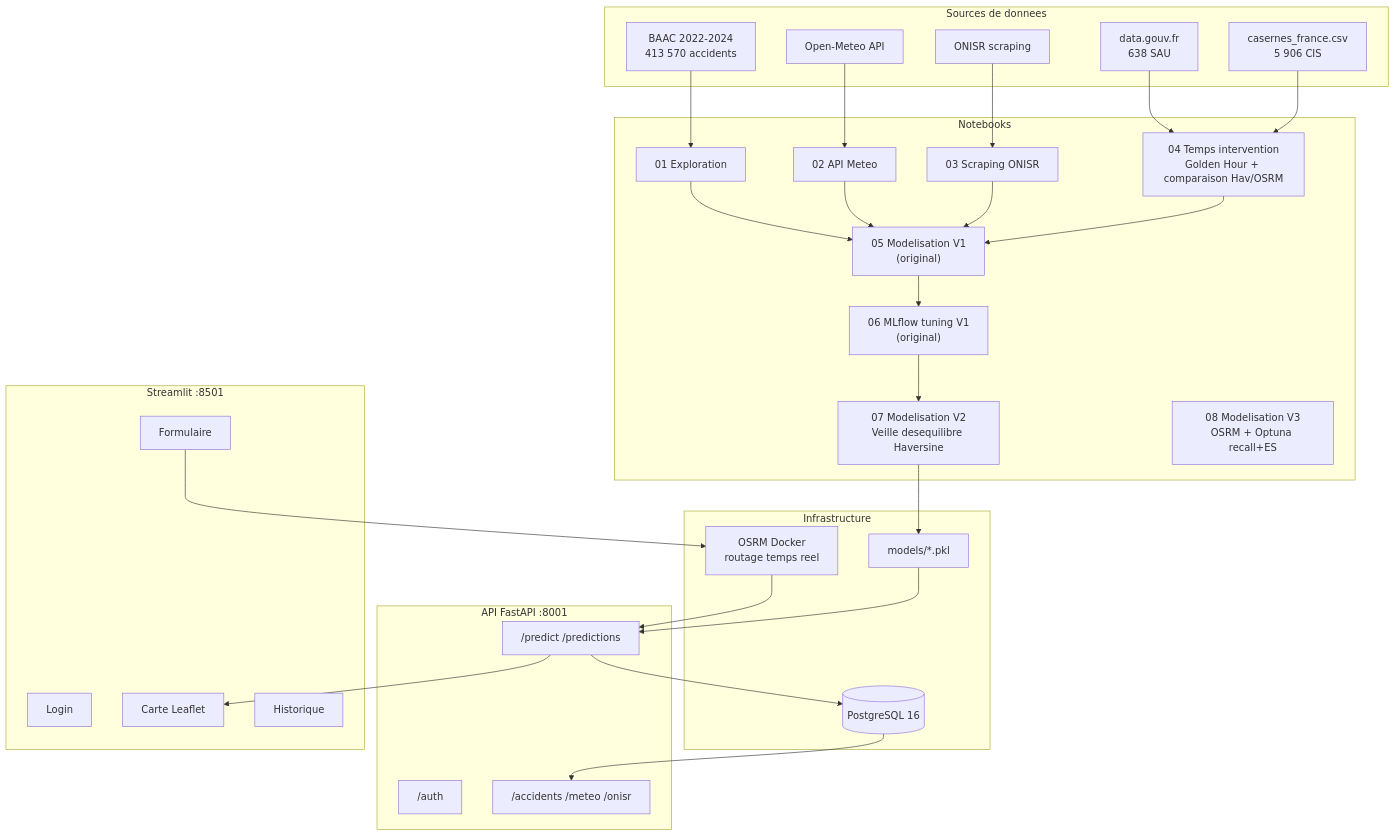
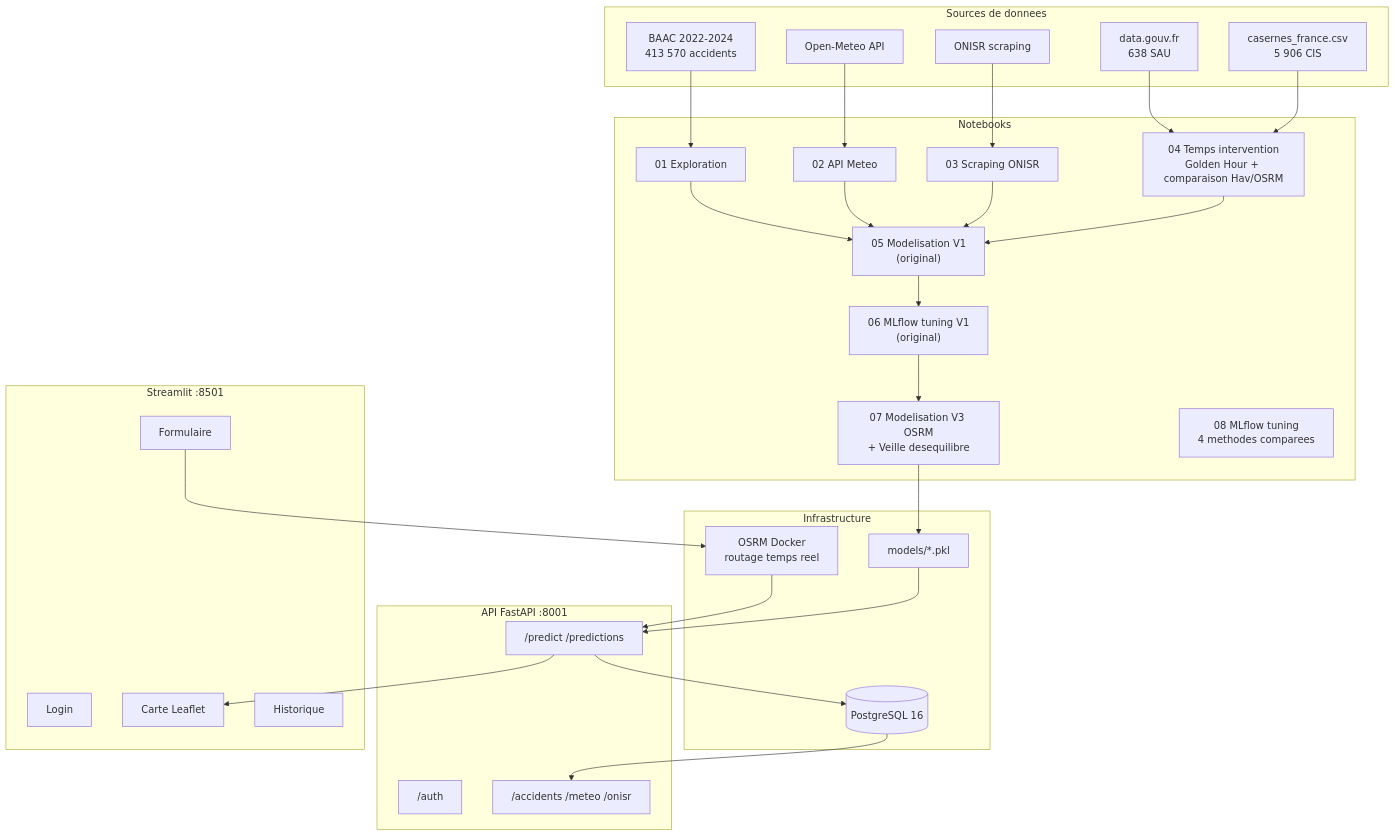
One commit to Meriem69/Routezone changed the first of 6 diagrams in README.md. Above: the diagram before and after it, drawn with Mermaid. The commit also changed other lines of this file, not shown here.

````diff
--- a/README.md
+++ b/README.md
@@ -26,51 +26,51 @@
 ```mermaid
 graph TB
     subgraph Sources["Sources de donnees"]
         BAAC["BAAC 2022-2024<br/>413 570 accidents"]
         METEO["Open-Meteo API"]
         ONISR["ONISR scraping"]
         HOSP["data.gouv.fr<br/>638 SAU"]
         CASERNES["casernes_france.csv<br/>5 906 CIS"]
     end
 
     subgraph Notebooks["Notebooks"]
         NB01["01 Exploration"]
         NB02["02 API Meteo"]
         NB03["03 Scraping ONISR"]
         NB04["04 Temps intervention<br/>Golden Hour + comparaison Hav/OSRM"]
         NB05["05 Modelisation V1<br/>(original)"]
         NB06["06 MLflow tuning V1<br/>(original)"]
-        NB07["07 Modelisation V2<br/>Veille desequilibre Haversine"]
-        NB08["08 Modelisation V3<br/>OSRM + Optuna recall+ES"]
+        NB07["07 Modelisation V3 OSRM<br/>+ Veille desequilibre"]
+        NB08["08 MLflow tuning<br/>4 methodes comparees"]
     end
 
     subgraph Infra["Infrastructure"]
         PG[("PostgreSQL 16")]
         OSRM["OSRM Docker<br/>routage temps reel"]
         MODELS["models/*.pkl"]
     end
 
     subgraph API["API FastAPI :8001"]
         AUTH["/auth"]
         DATA["/accidents /meteo /onisr"]
         IA["/predict /predictions"]
     end
 
     subgraph Frontend["Streamlit :8501"]
         LOGIN["Login"]
         FORM["Formulaire"]
         MAP["Carte Leaflet"]
         HIST["Historique"]
     end
 
     BAAC --> NB01
     METEO --> NB02
     ONISR --> NB03
     HOSP & CASERNES --> NB04
     NB01 & NB02 & NB03 & NB04 --> NB05 --> NB06 --> NB07 --> MODELS
 
     PG --> DATA
     MODELS --> IA
     IA --> PG
     FORM --> OSRM --> IA --> MAP
 ```
````
